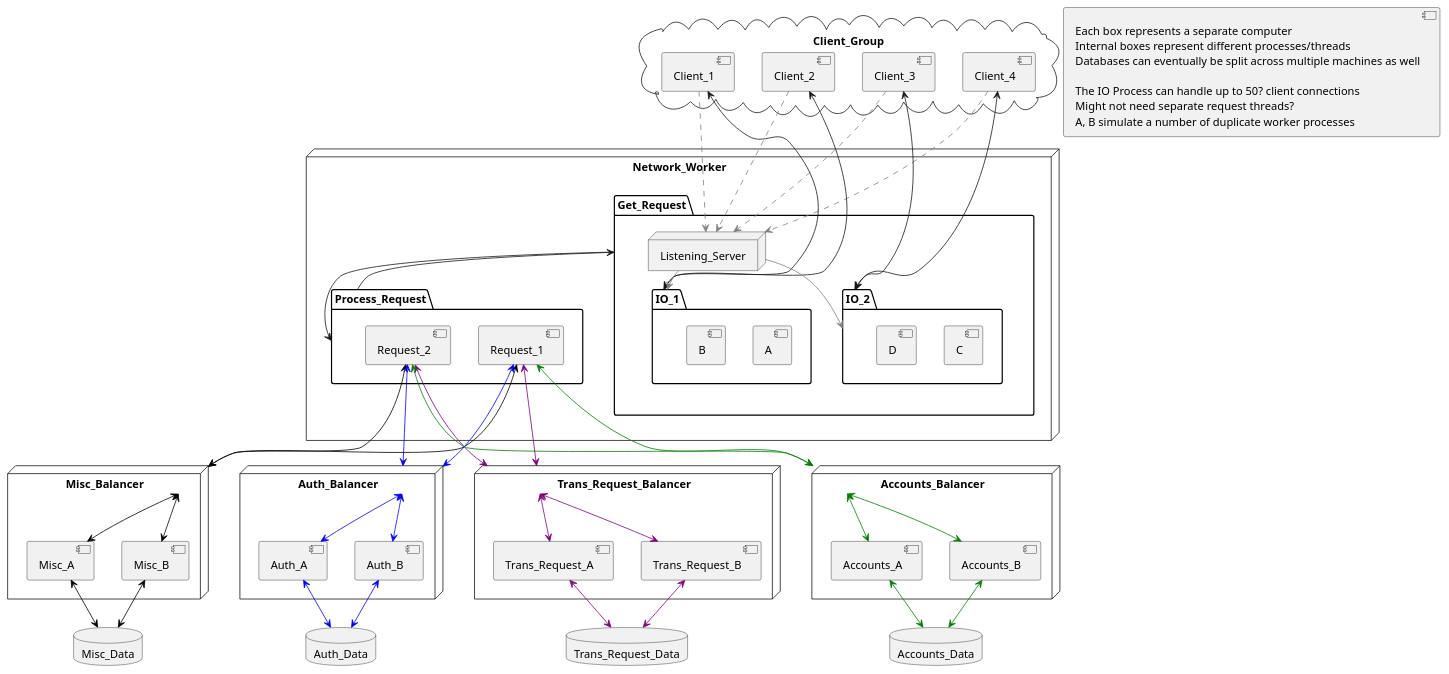
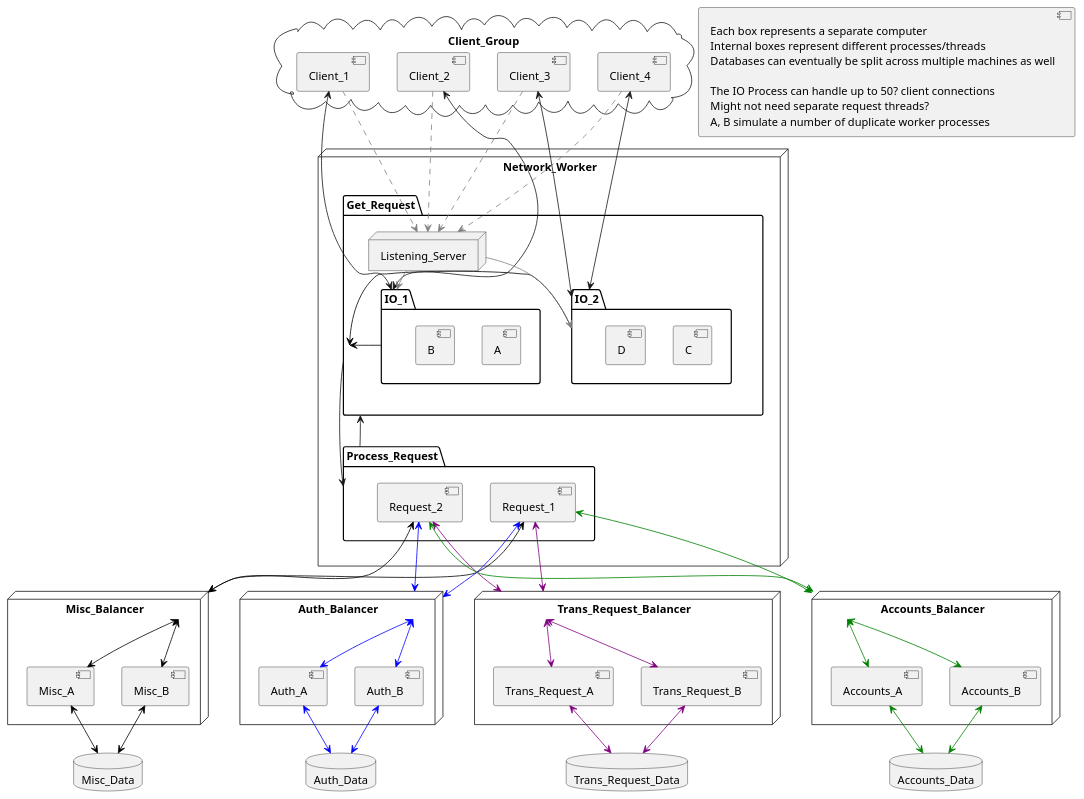
Before and after one commit to NoSuchThingAsRandom/Simple_Bank: the diagram in network_listener/uml/testing.puml, drawn with PlantUML. The commit also changed 3 other files, not shown here.

```diff
--- a/network_listener/uml/testing.puml
+++ b/network_listener/uml/testing.puml
@@ -4,111 +4,114 @@
 @startuml
 component des[
 Each box represents a separate computer
 Internal boxes represent different processes/threads
 Databases can eventually be split across multiple machines as well
 
 The IO Process can handle up to 50? client connections
 Might not need separate request threads?
 A, B simulate a number of duplicate worker processes ]
 cloud "Client_Group"{
     [Client_1]
     [Client_2]
     [Client_3]
     [Client_4]
 }
 node Network_Worker{
     package Get_Request{
         node Listening_Server{
         }
         package IO_1{
             [A]
             [B]
         }
 
         package IO_2{
             [C]
             [D]
         }
     }
     package Process_Request{
         [Request_1]
         [Request_2]
     }
+    IO_1 -> Get_Request#Black
+    IO_2 -> Get_Request#Black
 }
 Client_1 -down.> Listening_Server #Grey
 Client_2 -down.> Listening_Server#Grey
 Client_3 -down.> Listening_Server#Grey
 Client_4 -down.> Listening_Server#Grey
 
 Client_1 <-down-> IO_1
 Client_2 <-down-> IO_1
 Client_3 <-down-> IO_2
 Client_4 <-down-> IO_2
+
 
 
 
 
 Listening_Server -down-> IO_1#Grey
 Listening_Server -down-> IO_2#Grey
 
 
 Get_Request -down-> Process_Request
 Process_Request -up-> Get_Request
 
 database Misc_Data
 node Misc_Balancer{
     [Misc_A]
     [Misc_B]
     Misc_Balancer <--> Misc_A#Black
     Misc_Balancer <-> Misc_B#Black
 }
 
 Misc_A <-down-> Misc_Data#Black
 Misc_B <-down-> Misc_Data#Black
 Request_1 <-down-> Misc_Balancer #Black
 Request_2 <-down-> Misc_Balancer#Black
 
 
 database Auth_Data
 node Auth_Balancer{
     [Auth_A]
     [Auth_B]
     Auth_Balancer <--> Auth_A#Blue
     Auth_Balancer <-> Auth_B#Blue
 }
 
 Auth_A <-down-> Auth_Data#Blue
 Auth_B <-down-> Auth_Data#Blue
 Request_1 <-down-> Auth_Balancer #Blue
 Request_2 <-down-> Auth_Balancer #Blue
 
 
 database Trans_Request_Data
 node Trans_Request_Balancer{
     [Trans_Request_A]
     [Trans_Request_B]
     Trans_Request_Balancer <--> Trans_Request_A#Purple
     Trans_Request_Balancer <-> Trans_Request_B#Purple
 }
 
 Trans_Request_A <-down-> Trans_Request_Data#Purple
 Trans_Request_B <-down-> Trans_Request_Data#Purple
 Request_1 <-down-> Trans_Request_Balancer #Purple
 Request_2 <-down-> Trans_Request_Balancer #Purple
 
 
 database Accounts_Data
 node Accounts_Balancer {
     [Accounts_A]
     [Accounts_B]
     Accounts_Balancer <--> Accounts_A #Green
     Accounts_Balancer <-> Accounts_B#Green
 }
 
 Accounts_A <-down-> Accounts_Data#Green
 Accounts_B <-down-> Accounts_Data#Green
 Request_1 <-down-> Accounts_Balancer #Green
 Request_2 <-down-> Accounts_Balancer #Green
 
 
 @enduml
```
